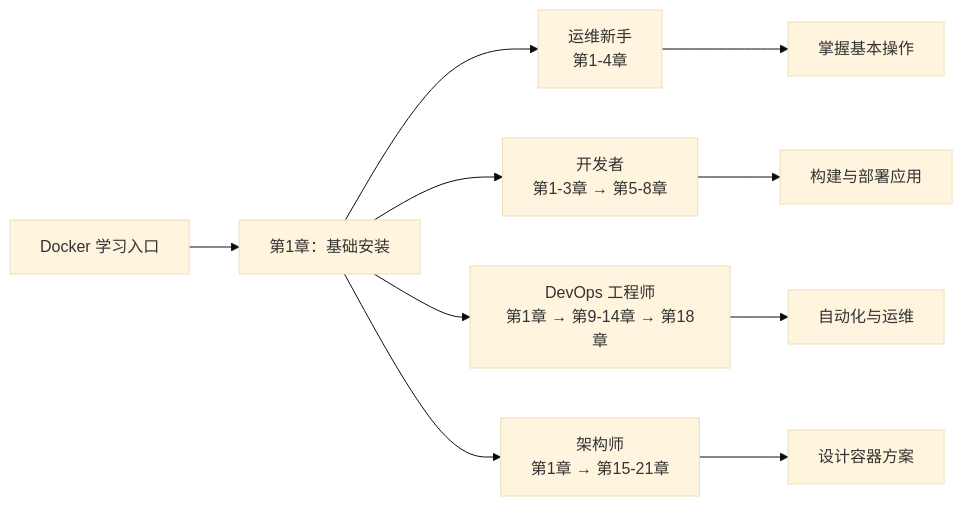
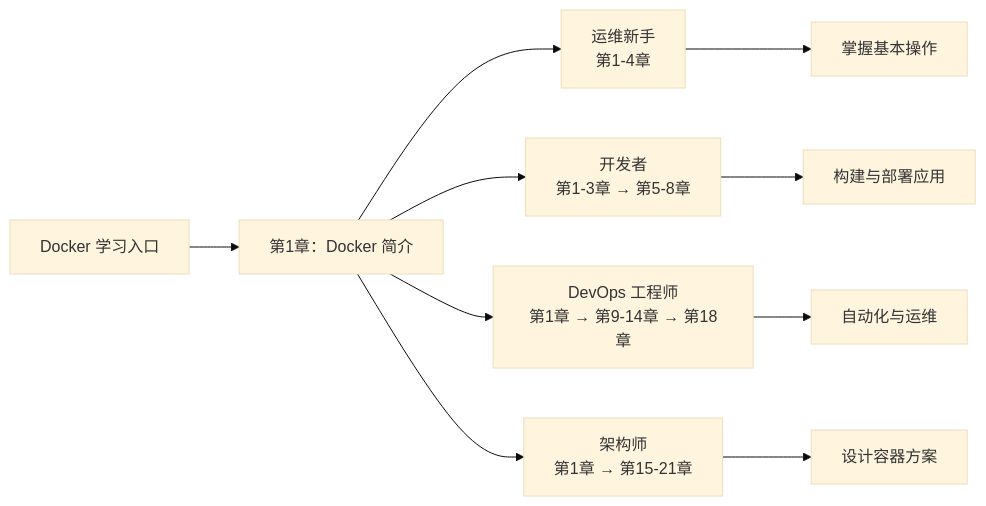
The diagram in README.md (yeasy/docker_practice), drawn with Mermaid (base theme) before and after one commit. The commit also changed other lines of this file and 2 other files, not shown here.

````diff
--- a/README.md
+++ b/README.md
@@ -32,14 +32,14 @@
 ```mermaid
 graph LR
-    Start[Docker 学习入口] --> Ch1[第1章：基础安装]
+    Start[Docker 学习入口] --> Ch1[第1章：Docker 简介]
 
     Ch1 --> Role1["运维新手<br/>第1-4章"]
     Ch1 --> Role2["开发者<br/>第1-3章 → 第5-8章"]
     Ch1 --> Role3["DevOps 工程师<br/>第1章 → 第9-14章 → 第18章"]
     Ch1 --> Role4["架构师<br/>第1章 → 第15-21章"]
 
     Role1 --> End1["掌握基本操作"]
     Role2 --> End2["构建与部署应用"]
     Role3 --> End3["自动化与运维"]
     Role4 --> End4["设计容器方案"]
 ```
````
